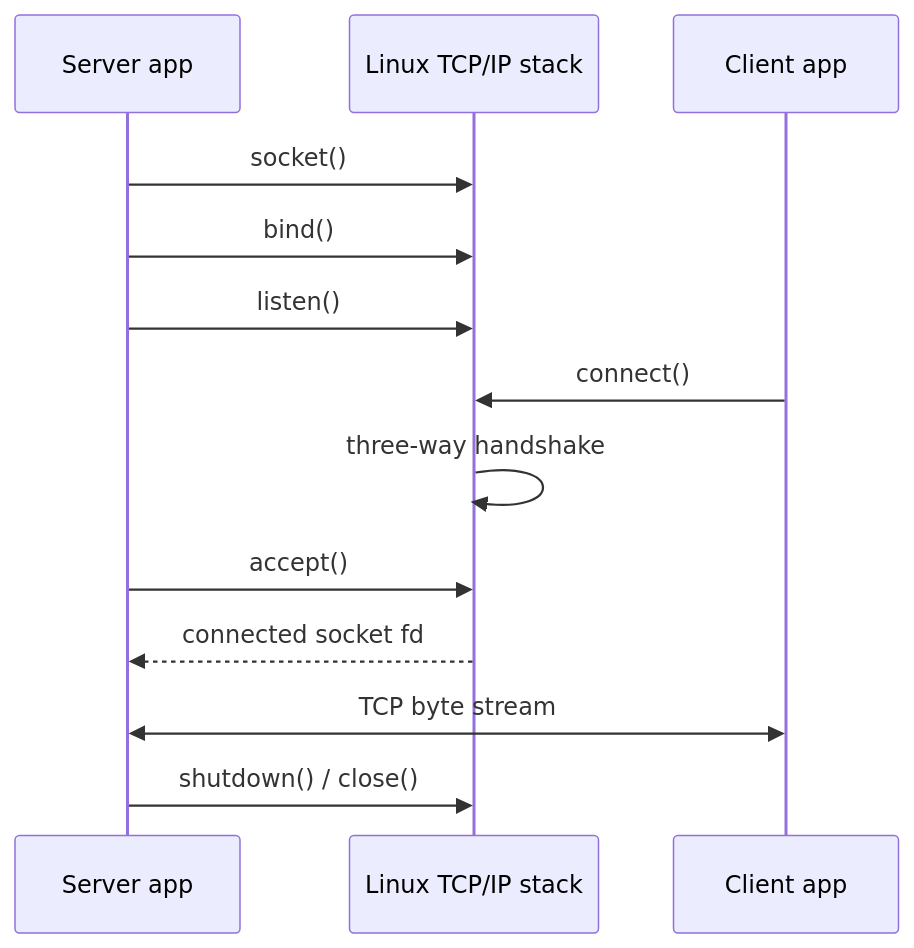
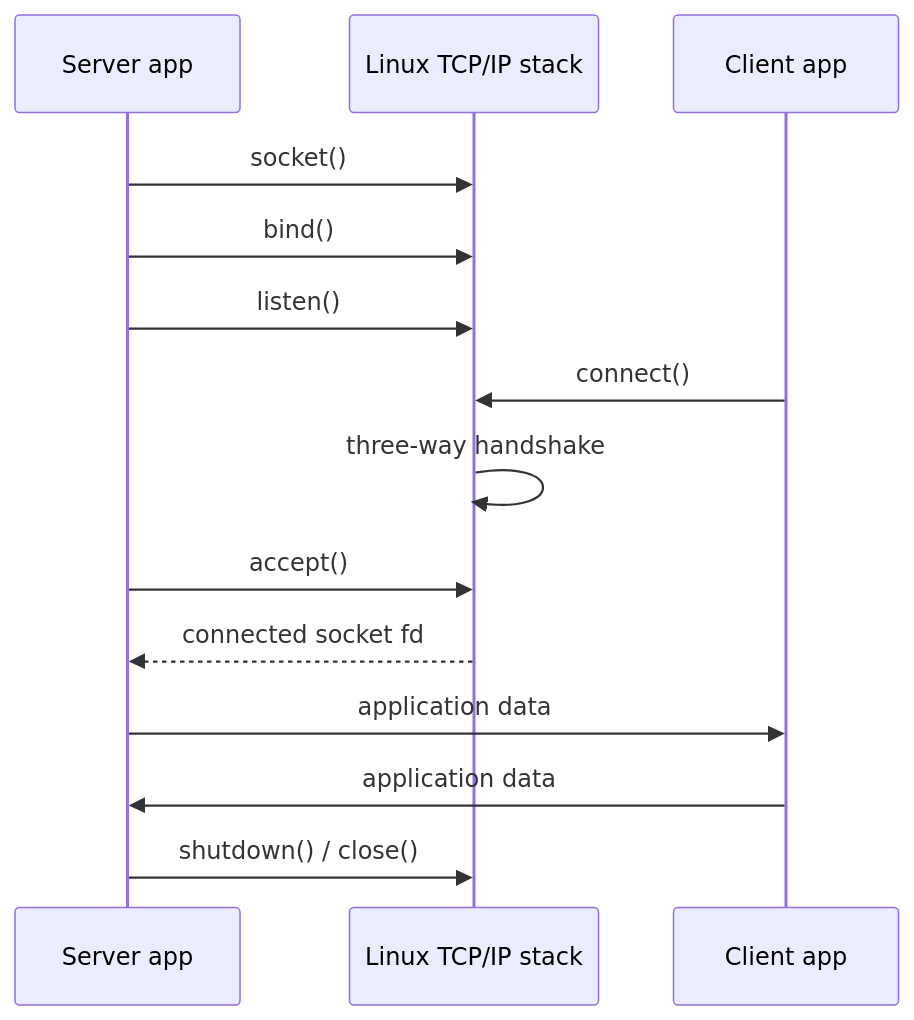
One commit to hai-kevins/embedded-linux changed the first of 2 diagrams in phase-01/README-topic-09.md. Above: the diagram before and after it, drawn with Mermaid. The commit also changed other lines of this file and 8 other files, not shown here.

````diff
--- a/phase-01/README-topic-09.md
+++ b/phase-01/README-topic-09.md
@@ -959,16 +981,17 @@
 ```mermaid
 sequenceDiagram
     participant S as Server app
     participant K as Linux TCP/IP stack
     participant C as Client app
 
     S->>K: socket()
     S->>K: bind()
     S->>K: listen()
     C->>K: connect()
     K->>K: three-way handshake
     S->>K: accept()
     K-->>S: connected socket fd
-    S<<->>C: TCP byte stream
+    S->>C: application data
+    C->>S: application data
     S->>K: shutdown() / close()
 ```
````
